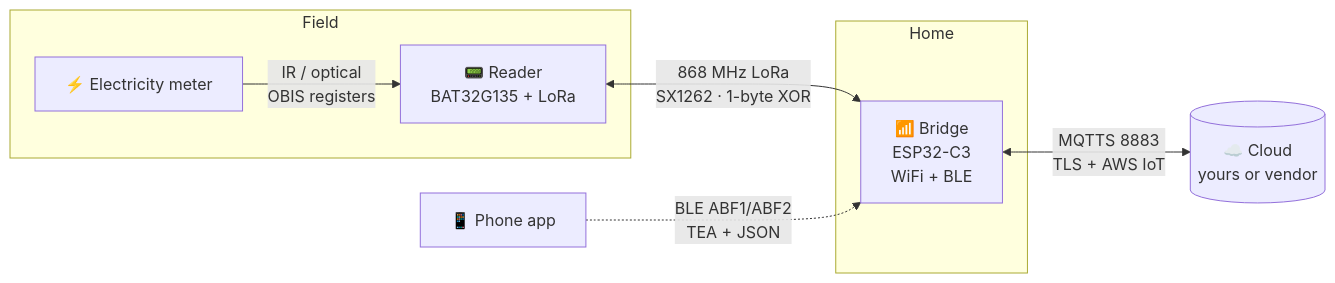
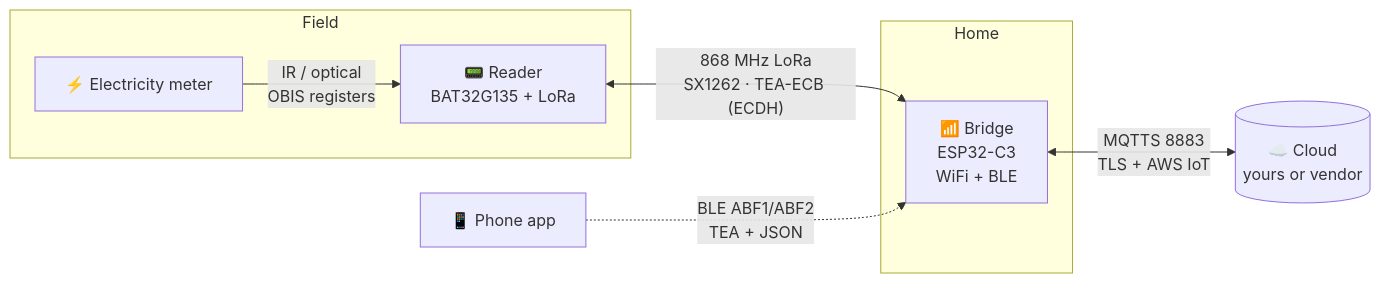
Before and after one commit to atc1441/OBI_Energy_Tracker_Local_Cloud: the diagram in README.md, drawn with Mermaid. The commit also changed other lines of this file and 14 other files, not shown here.

````diff
--- a/README.md
+++ b/README.md
@@ -32,13 +32,13 @@
 ```mermaid
 flowchart LR
     M["⚡ Electricity meter"] -->|"IR / optical<br/>OBIS registers"| R["📟 Reader<br/>BAT32G135 + LoRa"]
-    R <-->|"868 MHz LoRa<br/>SX1262 · 1-byte XOR"| B["📶 Bridge<br/>ESP32-C3<br/>WiFi + BLE"]
+    R <-->|"868 MHz LoRa<br/>SX1262 · TEA-ECB (ECDH)"| B["📶 Bridge<br/>ESP32-C3<br/>WiFi + BLE"]
     B <-->|"MQTTS 8883<br/>TLS + AWS IoT"| C[("☁️ Cloud<br/>yours or vendor")]
     P["📱 Phone app"] -.->|"BLE ABF1/ABF2<br/>TEA + JSON"| B
     subgraph Field
       M; R
     end
     subgraph Home
       B
     end
 ```
````
